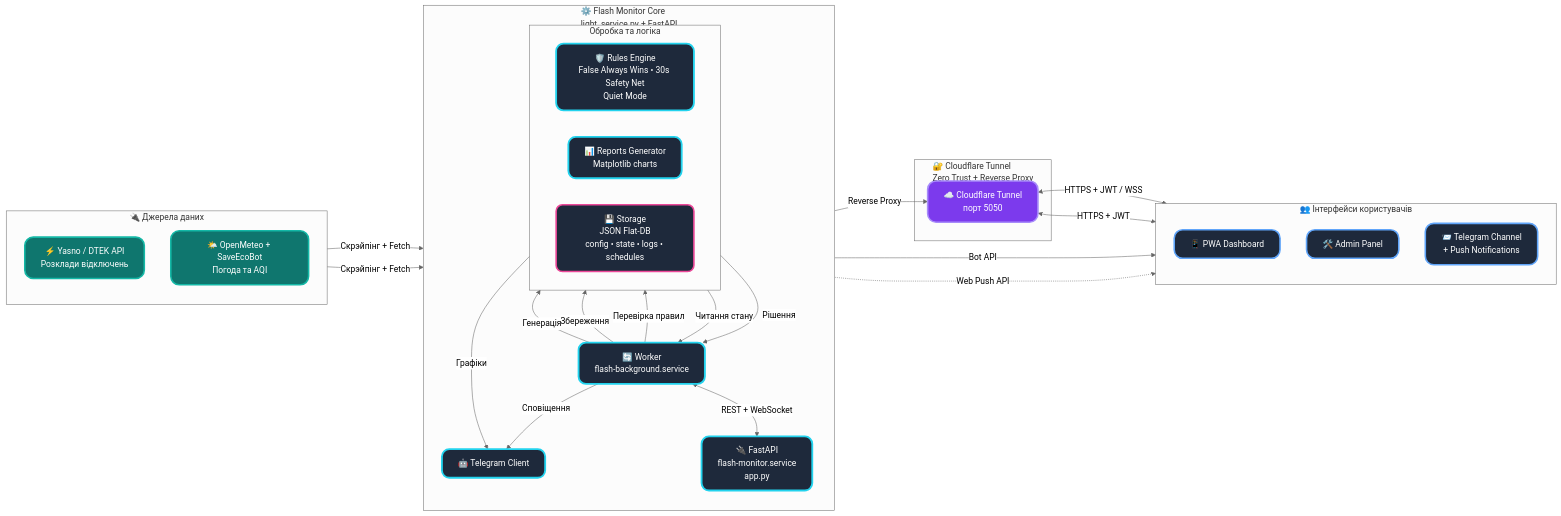
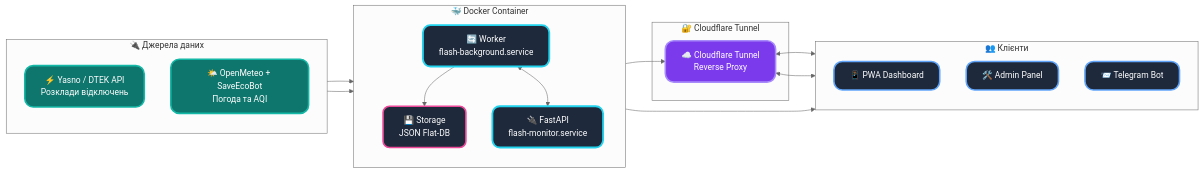
The diagram in README.md (weby-homelab/flash-monitor-kyiv), drawn with Mermaid (neutral theme) before and after one commit. The commit also changed other lines of this file and 1 other file, not shown here.

Commit message:
docs: exhaustive installation guides for both Docker and Bare-metal editions

````diff
--- a/README.md
+++ b/README.md
@@ -93,78 +67,39 @@
 ```mermaid
 flowchart LR
-    %% ================================================
-    %% НОВА КОНЦЕПЦІЯ 2026 для README.md
-    %% "End-to-End Pipeline" — динамічний потік даних
-    %% Замість шарів — горизонтальний pipeline з чітким напрямком руху
-    %% Ідеально виглядає в GitHub (темна/світла тема), чистий, сучасний, легко читається
-    %% ================================================
-
     classDef external fill:#0f766e,stroke:#14b8a6,stroke-width:3px,color:#fff,rx:16px,ry:16px
     classDef core fill:#1e293b,stroke:#22d3ee,stroke-width:3.5px,color:#fff,rx:14px,ry:14px
     classDef gateway fill:#7c3aed,stroke:#a78bfa,stroke-width:3px,color:#fff,rx:16px,ry:16px
     classDef client fill:#1e293b,stroke:#60a5fa,stroke-width:3px,color:#fff,rx:16px,ry:16px
     classDef db fill:#1e293b,stroke:#ec4899,stroke-width:3px,color:#fff,rx:12px,ry:12px
 
-    %% ====================== ЛІВА ЧАСТИНА: ДЖЕРЕЛА ДАНИХ ======================
     subgraph External ["🔌 Джерела даних"]
         direction TB
         Energy["⚡ Yasno / DTEK API<br>Розклади відключень"]:::external
         Meteo["🌤️ OpenMeteo + SaveEcoBot<br>Погода та AQI"]:::external
     end
 
-    %% ====================== ЦЕНТР: CORE PIPELINE ======================
-    subgraph Core ["⚙️ Flash Monitor Core<br>light_service.py + FastAPI"]
+    subgraph Docker ["🐳 Docker Container"]
         direction TB
-
         Worker["🔄 Worker<br>flash-background.service"]:::core
-
-        subgraph Processing ["Обробка та логіка"]
-            direction LR
-            Rules["🛡️ Rules Engine<br>False Always Wins • 30s Safety Net<br>Quiet Mode"]:::core
-            Reports["📊 Reports Generator<br>Matplotlib charts"]:::core
-            Storage["💾 Storage<br>JSON Flat-DB<br>config • state • logs • schedules"]:::db
-        end
-
-        API["🔌 FastAPI<br>flash-monitor.service<br>app.py"]:::core
-        TgClient["🤖 Telegram Client"]:::core
+        API["🔌 FastAPI<br>flash-monitor.service"]:::core
+        Storage["💾 Storage<br>JSON Flat-DB"]:::db
     end
 
-    %% ====================== ШЛЮЗ ======================
-    subgraph Gateway ["🔐 Cloudflare Tunnel<br>Zero Trust + Reverse Proxy"]
-        CF["☁️ Cloudflare Tunnel<br>порт 5050"]:::gateway
+    subgraph Gateway ["🔐 Cloudflare Tunnel"]
+        CF["☁️ Cloudflare Tunnel<br>Reverse Proxy"]:::gateway
     end
 
-    %% ====================== ПРАВА ЧАСТИНА: КЛІЄНТИ ======================
-    subgraph Clients ["👥 Інтерфейси користувачів"]
+    subgraph Clients ["👥 Клієнти"]
         direction TB
         PWA["📱 PWA Dashboard"]:::client
         Admin["🛠️ Admin Panel"]:::client
-        Telegram["📨 Telegram Channel<br>+ Push Notifications"]:::client
+        Telegram["📨 Telegram Bot"]:::client
     end
 
-    %% ====================== ПОТІК ДАНИХ (головна магістраль) ======================
-    Energy & Meteo -->|Скрэйпінг + Fetch| Worker
-
-    Worker -->|Перевірка правил| Rules
-    Rules -->|Рішення| Worker
-
-    Worker -->|Збереження| Storage
-    Storage -->|Читання стану| Worker
-
-    Worker -->|Генерація| Reports
-    Worker -->|Сповіщення| TgClient
-    Reports -->|Графіки| TgClient
-
-    Worker <-->|REST + WebSocket| API
-
-    API -->|Reverse Proxy| CF
-    CF <-->|HTTPS + JWT / WSS| PWA
-    CF <-->|HTTPS + JWT| Admin
-    TgClient -->|Bot API| Telegram
-
-    %% Додаткові push-сповіщення
-    API -.->|Web Push API| PWA
-
-    %% ====================== Стиль для заголовків підграфів ======================
-    classDef subgraphTitle fill:#0f172a,stroke:none,color:#64748b,font-size:15px
+    Energy & Meteo --> Worker
+    Worker --> Storage
+    Worker <--> API
+    API --> CF
+    CF <--> PWA & Admin
+    Worker --> Telegram
 ```
````
